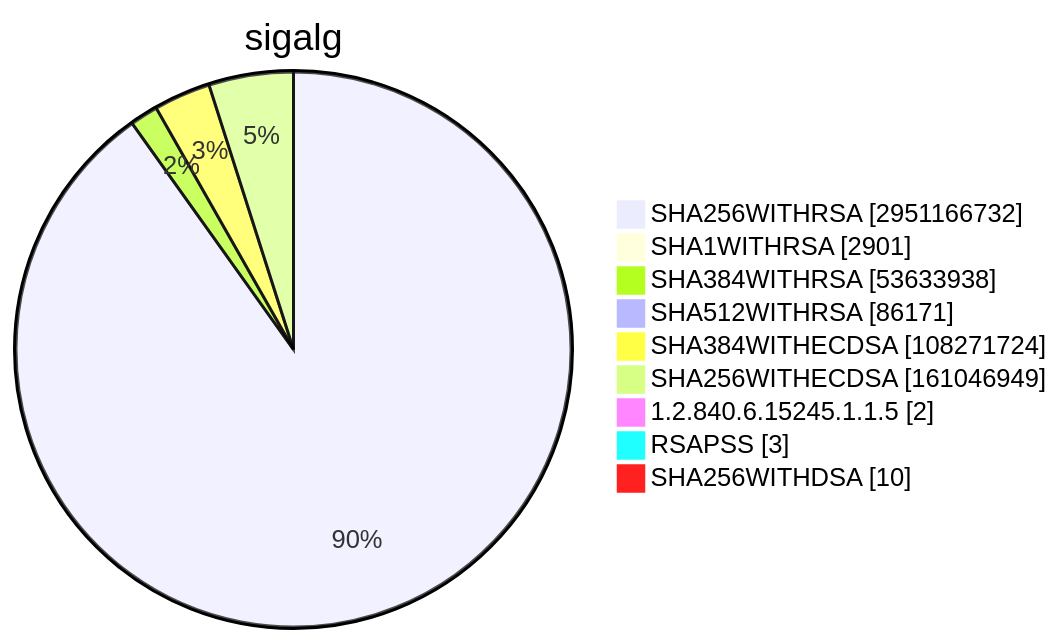
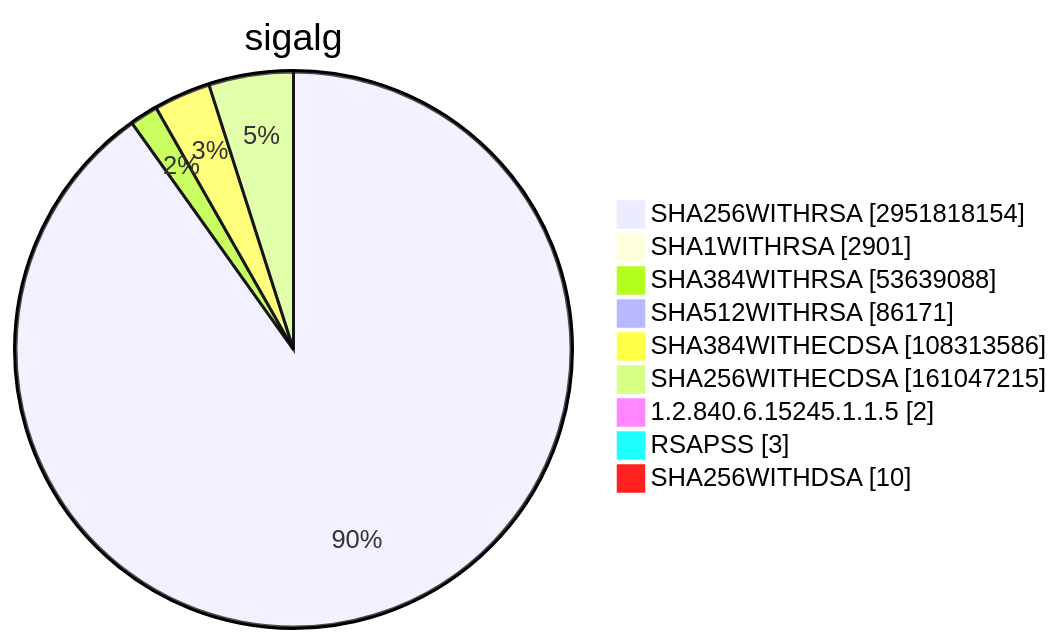
Before and after one commit to christiankrug/ctmonitor_visualization: diagram 15 of 15 in TOTAL/README.md, drawn with Mermaid. The commit also changed other lines of this file, not shown here.

````diff
--- a/TOTAL/README.md
+++ b/TOTAL/README.md
@@ -6207,13 +6207,13 @@
 ```mermaid
 pie showData
 title sigalg
-"SHA256WITHRSA" :2951166732
+"SHA256WITHRSA" :2951818154
 "SHA1WITHRSA" :2901
-"SHA384WITHRSA" :53633938
+"SHA384WITHRSA" :53639088
 "SHA512WITHRSA" :86171
-"SHA384WITHECDSA" :108271724
-"SHA256WITHECDSA" :161046949
+"SHA384WITHECDSA" :108313586
+"SHA256WITHECDSA" :161047215
 "1.2.840.6.15245.1.1.5" :2
 "RSAPSS" :3
 "SHA256WITHDSA" :10
 ```
````
